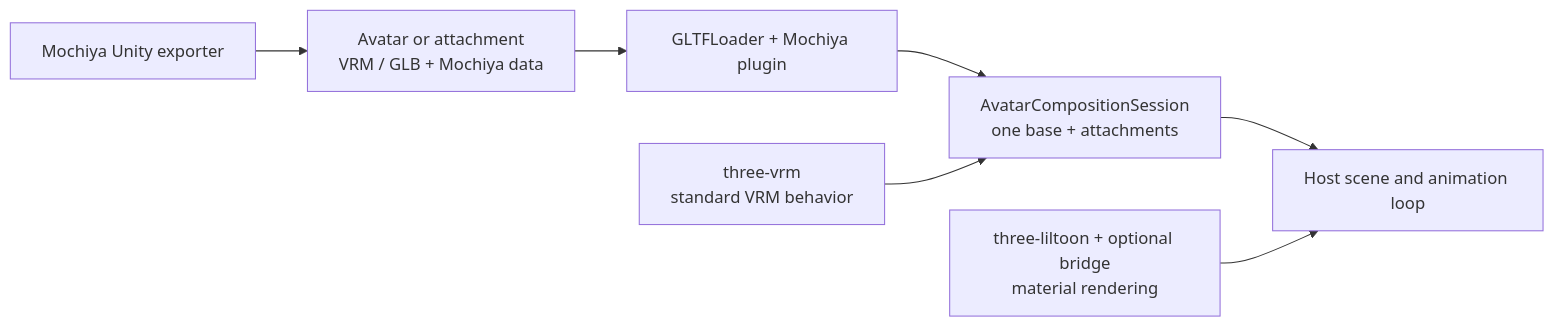
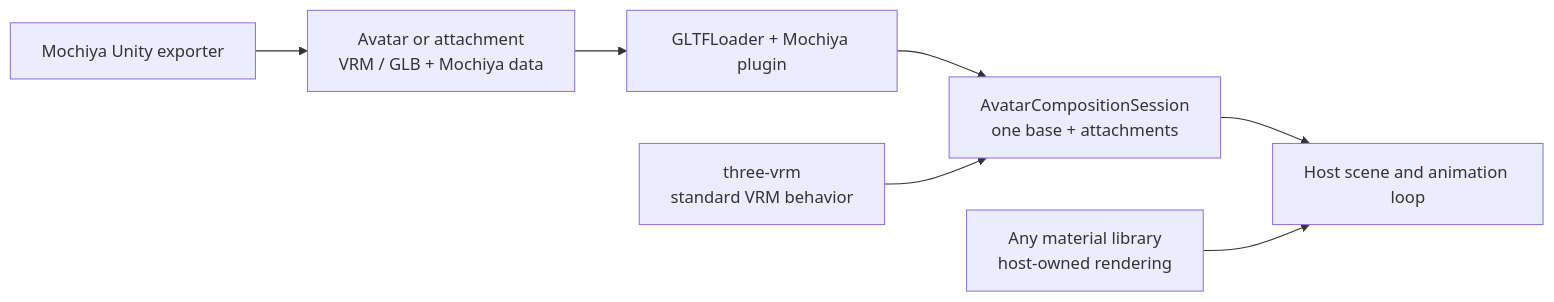
One commit to mochiya-labs/avatar-composition changed the diagram in README.md. Above: the diagram before and after it, drawn with Mermaid. The commit also changed other lines of this file and 13 other files, not shown here.

````diff
--- a/README.md
+++ b/README.md
@@ -5,9 +5,9 @@
 ```mermaid
 flowchart LR
   Unity["Mochiya Unity exporter"] --> File["Avatar or attachment<br/>VRM / GLB + Mochiya data"]
   File --> Loader["GLTFLoader + Mochiya plugin"]
   Loader --> Session["AvatarCompositionSession<br/>one base + attachments"]
   VRM["three-vrm<br/>standard VRM behavior"] --> Session
   Session --> View["Host scene and animation loop"]
-  LilToon["three-liltoon + optional bridge<br/>material rendering"] --> View
+  LilToon["Any material library<br/>host-owned rendering"] --> View
 ```
````
